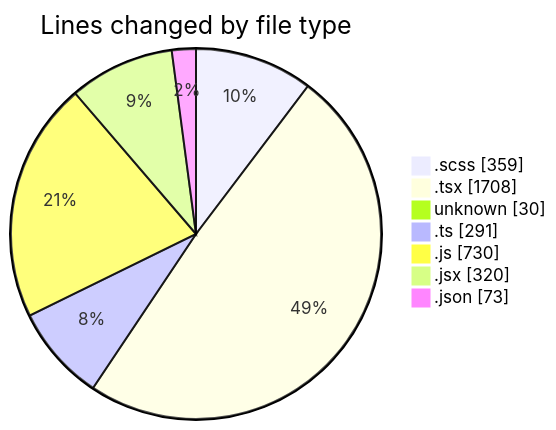
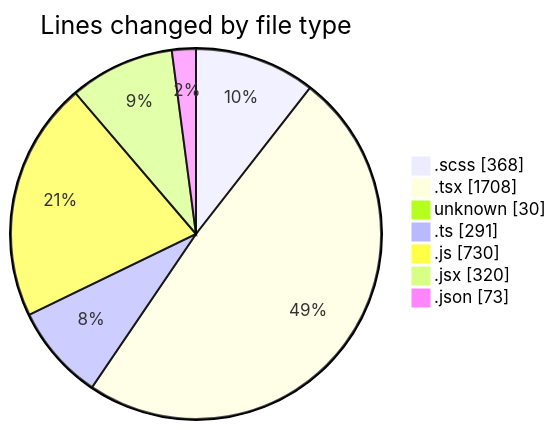
The first of 2 diagrams in 2025-03-05/cda/README.md (momahboobian/code-tracking), drawn with Mermaid before and after one commit. The commit also changed other lines of this file and 1 other file, not shown here.

````diff
--- a/2025-03-05/cda/README.md
+++ b/2025-03-05/cda/README.md
@@ -45,11 +45,11 @@
 ```mermaid
 pie showData
 title Lines changed by file type
-".scss" : 359
+".scss" : 368
 ".tsx" : 1708
 "unknown" : 30
 ".ts" : 291
 ".js" : 730
 ".jsx" : 320
 ".json" : 73
 ```
````
